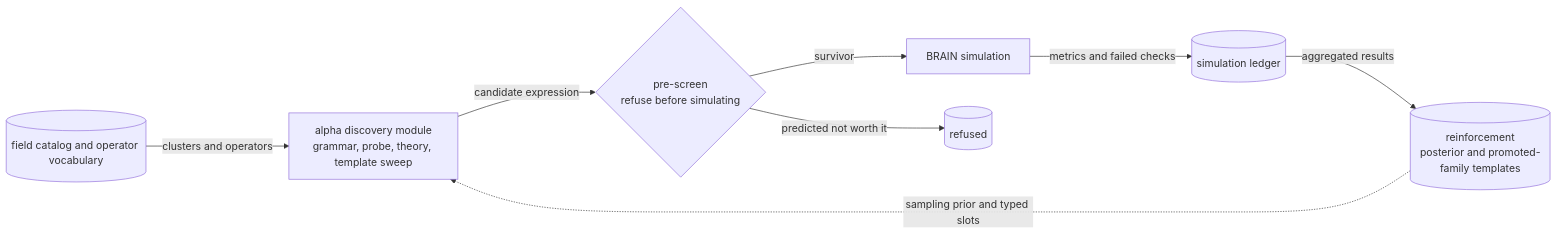
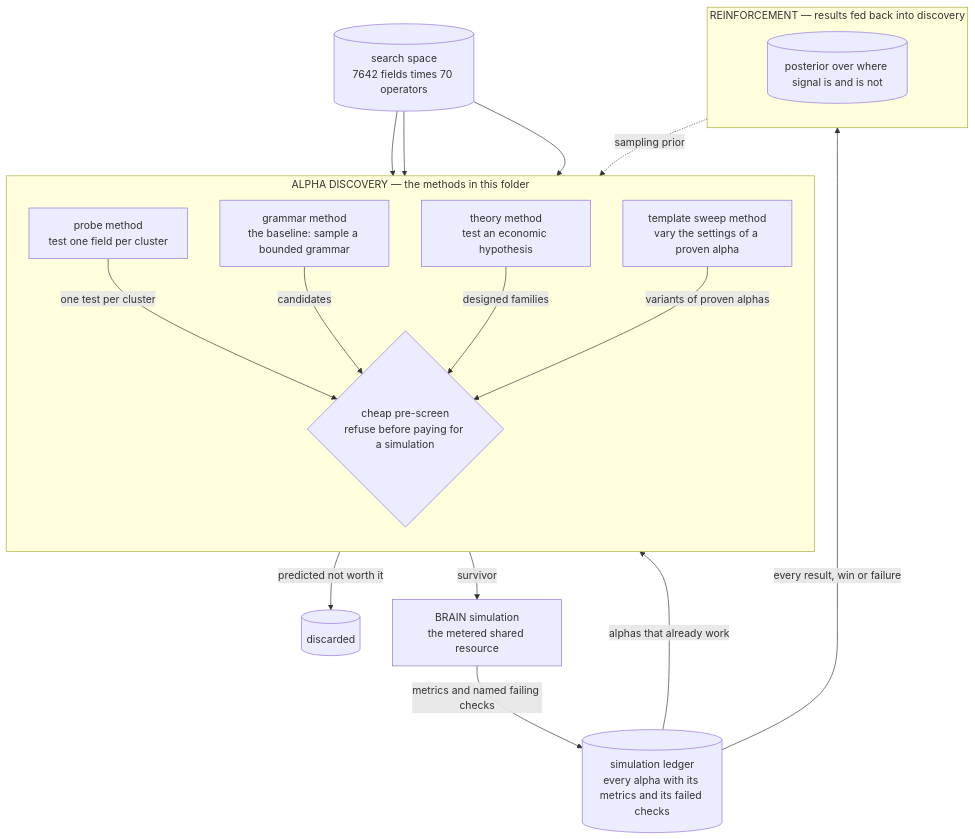
Before and after one commit to JustinJia13/Brain-portfolio: the diagram in alpha_discovery/README.md, drawn with Mermaid. The commit also changed other lines of this file and 8 other files, not shown here.

````diff
--- a/alpha_discovery/README.md
+++ b/alpha_discovery/README.md
@@ -38,18 +38,37 @@
 ```mermaid
-flowchart LR
-    CAT[("field catalog and operator vocabulary")]
-    GEN["alpha discovery module<br/>grammar, probe, theory, template sweep"]
-    SCREEN{"pre-screen<br/>refuse before simulating"}
-    SIM["BRAIN simulation"]
-    LEDGER[("simulation ledger")]
-    SIDE[("reinforcement<br/>posterior and promoted-family templates")]
-    DROP[("refused")]
+flowchart TB
+    SPACE[("search space<br/>7642 fields times 70 operators")]
 
-    CAT -->|"clusters and operators"| GEN
-    GEN -->|"candidate expression"| SCREEN
+    subgraph GEN["ALPHA DISCOVERY — the methods in this folder"]
+        direction TB
+        PROBE["probe method<br/>test one field per cluster"]
+        GRAM["grammar method<br/>the baseline: sample a bounded grammar"]
+        THEORY["theory method<br/>test an economic hypothesis"]
+        SWEEP["template sweep method<br/>vary the settings of a proven alpha"]
+        SCREEN{"cheap pre-screen<br/>refuse before paying for a simulation"}
+    end
+
+    SIMBUS["BRAIN simulation<br/>the metered shared resource"]
+    LEDGER[("simulation ledger<br/>every alpha with its metrics and its failed checks")]
+
+    subgraph SIDE["REINFORCEMENT — results fed back into discovery"]
+        direction TB
+        POST[("posterior over where signal is and is not")]
+    end
+
+    DROP[("discarded")]
+
+    SPACE --> PROBE
+    SPACE --> GRAM
+    SPACE --> THEORY
+    PROBE -->|"one test per cluster"| SCREEN
+    GRAM -->|"candidates"| SCREEN
+    THEORY -->|"designed families"| SCREEN
+    SWEEP -->|"variants of proven alphas"| SCREEN
     SCREEN -->|"predicted not worth it"| DROP
-    SCREEN -->|"survivor"| SIM
-    SIM -->|"metrics and failed checks"| LEDGER
-    LEDGER -->|"aggregated results"| SIDE
-    SIDE -.->|"sampling prior and typed slots"| GEN
+    SCREEN -->|"survivor"| SIMBUS
+    SIMBUS -->|"metrics and named failing checks"| LEDGER
+    LEDGER -->|"alphas that already work"| SWEEP
+    LEDGER -->|"every result, win or failure"| POST
+    POST -.->|"sampling prior"| GRAM
 ```
````
